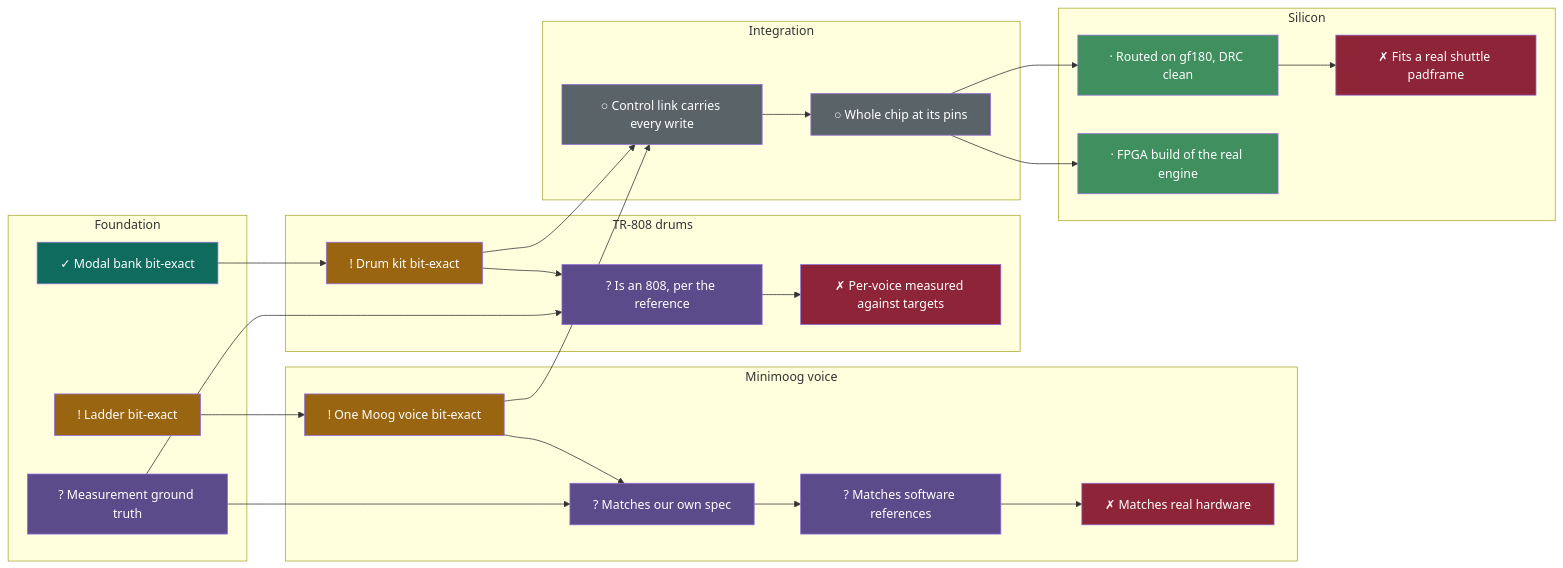
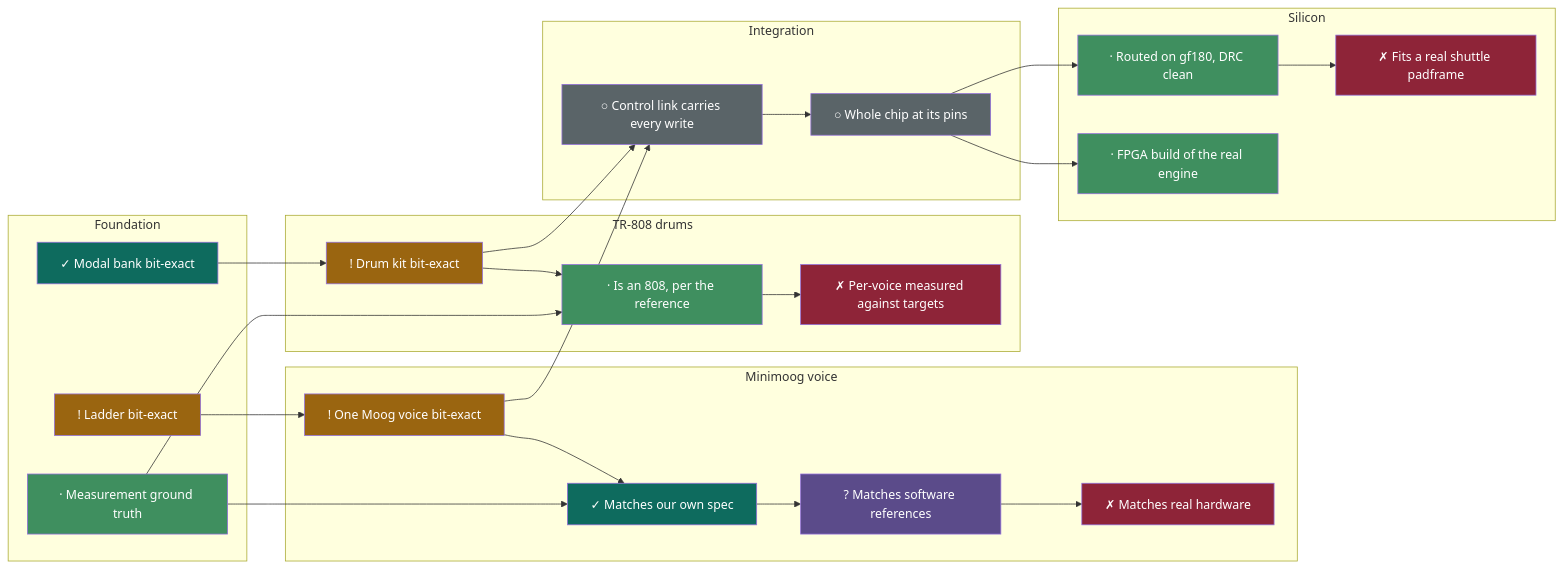
One commit to 2AMLogic/gf180-parasynth changed the diagram in README.md. Above: the diagram before and after it, drawn with Mermaid. The commit also changed other lines of this file, not shown here.

Commit message:
[dag] regenerate the roadmap from evidence

````diff
--- a/README.md
+++ b/README.md
@@ -69,58 +69,58 @@
 ```mermaid
 graph LR
   subgraph foundation["Foundation"]
     F1["! Ladder bit-exact"]
     F2["✓ Modal bank bit-exact"]
-    F3["? Measurement ground truth"]
+    F3["· Measurement ground truth"]
   end
   subgraph minimoog["Minimoog voice"]
     M1["! One Moog voice bit-exact"]
-    M2["? Matches our own spec"]
+    M2["✓ Matches our own spec"]
     M3["? Matches software references"]
     M4["✗ Matches real hardware"]
   end
   subgraph drums["TR-808 drums"]
     D1["! Drum kit bit-exact"]
-    D2["? Is an 808, per the reference"]
+    D2["· Is an 808, per the reference"]
     D3["✗ Per-voice measured against targets"]
   end
   subgraph integration["Integration"]
     I1["○ Control link carries every write"]
     I2["○ Whole chip at its pins"]
   end
   subgraph silicon["Silicon"]
     S1["· Routed on gf180, DRC clean"]
     S2["✗ Fits a real shuttle padframe"]
     S3["· FPGA build of the real engine"]
   end
   F1 --> M1
   M1 --> M2
   F3 --> M2
   M2 --> M3
   M3 --> M4
   F2 --> D1
   D1 --> D2
   F3 --> D2
   D2 --> D3
   M1 --> I1
   D1 --> I1
   I1 --> I2
   I2 --> S1
   S1 --> S2
   I2 --> S3
   style F1 fill:#9A6510,color:#fff
   style F2 fill:#0E6B5E,color:#fff
-  style F3 fill:#5B4B8A,color:#fff
+  style F3 fill:#3f8f5f,color:#fff
   style M1 fill:#9A6510,color:#fff
-  style M2 fill:#5B4B8A,color:#fff
+  style M2 fill:#0E6B5E,color:#fff
   style M3 fill:#5B4B8A,color:#fff
   style M4 fill:#8E2438,color:#fff
   style D1 fill:#9A6510,color:#fff
-  style D2 fill:#5B4B8A,color:#fff
+  style D2 fill:#3f8f5f,color:#fff
   style D3 fill:#8E2438,color:#fff
   style I1 fill:#5a6468,color:#fff
   style I2 fill:#5a6468,color:#fff
   style S1 fill:#3f8f5f,color:#fff
   style S2 fill:#8E2438,color:#fff
   style S3 fill:#3f8f5f,color:#fff
 ```
````
